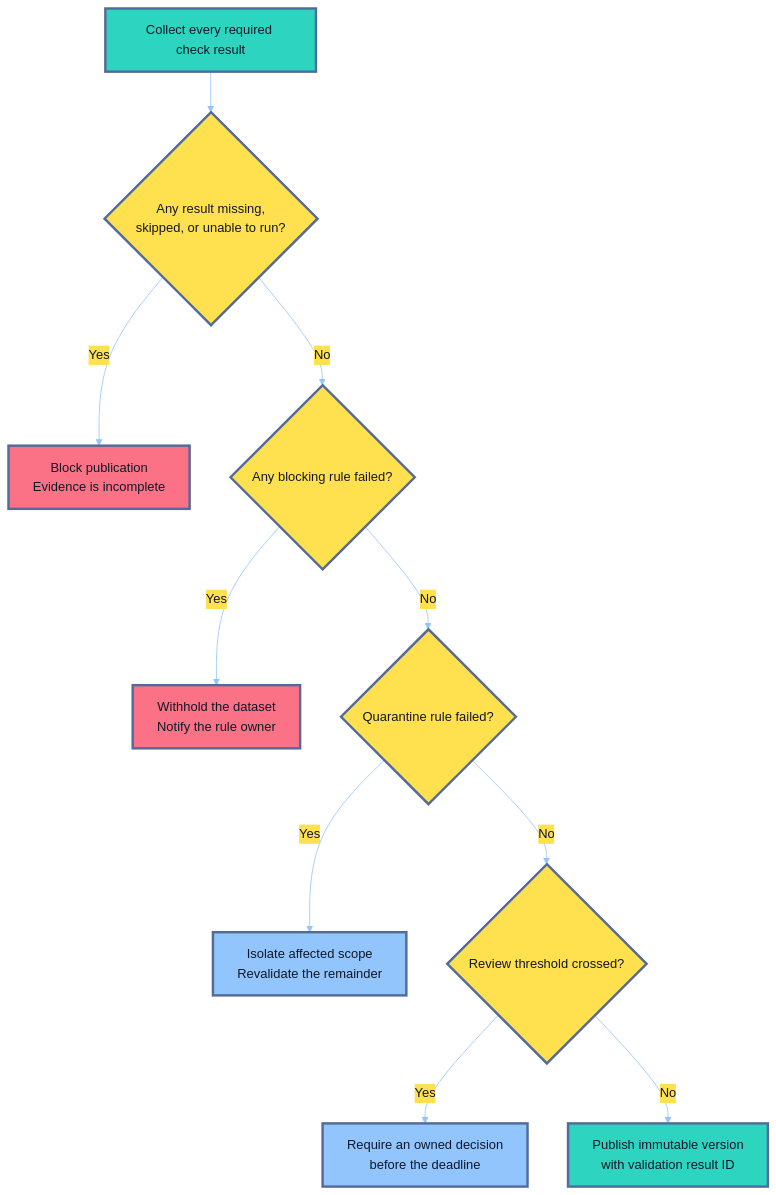
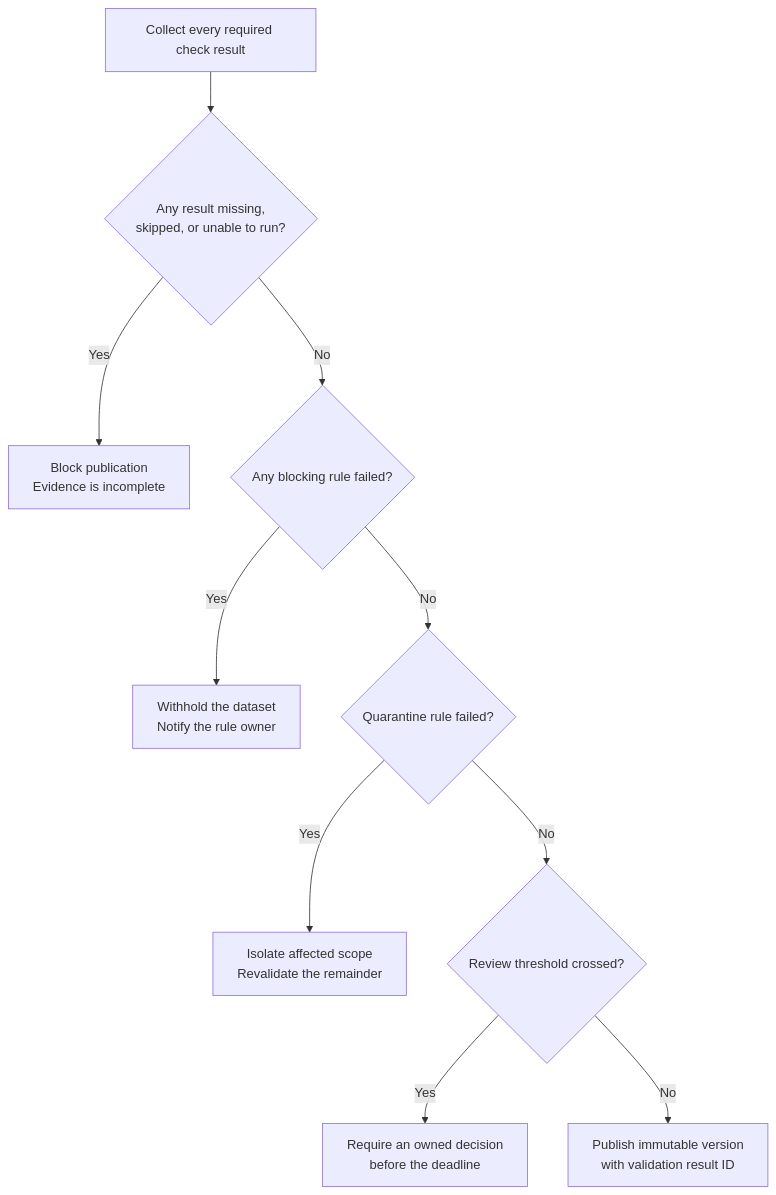
The third of 3 diagrams in roadmaps/mlops/modules/data-for-ml-systems/data-quality/01-data-validation-for-ml-pipelines.md (senlinyy/dev-roadmaps), drawn with Mermaid before and after one commit. The commit also changed other lines of this file and 152 other files, not shown here.

Commit message:
feat: mlops and diagrams updated

````diff
--- a/roadmaps/mlops/modules/data-for-ml-systems/data-quality/01-data-validation-for-ml-pipelines.md
+++ b/roadmaps/mlops/modules/data-for-ml-systems/data-quality/01-data-validation-for-ml-pipelines.md
@@ -304,22 +300,18 @@
 ```mermaid
-%%{init: {"theme": "base", "themeVariables": {"background": "#111827", "primaryColor": "#2DD4BF", "primaryTextColor": "#0F172A", "primaryBorderColor": "#536A9A", "lineColor": "#93C5FD", "secondaryColor": "#FFE04F", "tertiaryColor": "#FB7185", "fontFamily": "Nunito, sans-serif"}}}%%
+
 flowchart TD
     A["Collect every required check result"] --> B{"Any result missing,<br/>skipped, or unable to run?"}
     B -->|Yes| C["Block publication<br/>Evidence is incomplete"]
     B -->|No| D{"Any blocking rule failed?"}
     D -->|Yes| E["Withhold the dataset<br/>Notify the rule owner"]
     D -->|No| F{"Quarantine rule failed?"}
     F -->|Yes| G["Isolate affected scope<br/>Revalidate the remainder"]
     F -->|No| H{"Review threshold crossed?"}
     H -->|Yes| I["Require an owned decision<br/>before the deadline"]
     H -->|No| J["Publish immutable version<br/>with validation result ID"]
 
-    classDef healthy fill:#2DD4BF,stroke:#536A9A,stroke-width:3px,color:#0F172A
-    classDef choice fill:#FFE04F,stroke:#536A9A,stroke-width:3px,color:#111827
-    classDef stop fill:#FB7185,stroke:#536A9A,stroke-width:3px,color:#111827
-    classDef work fill:#93C5FD,stroke:#536A9A,stroke-width:3px,color:#0F172A
     class A,J healthy
     class B,D,F,H choice
     class C,E stop
     class G,I work
 ```
````
